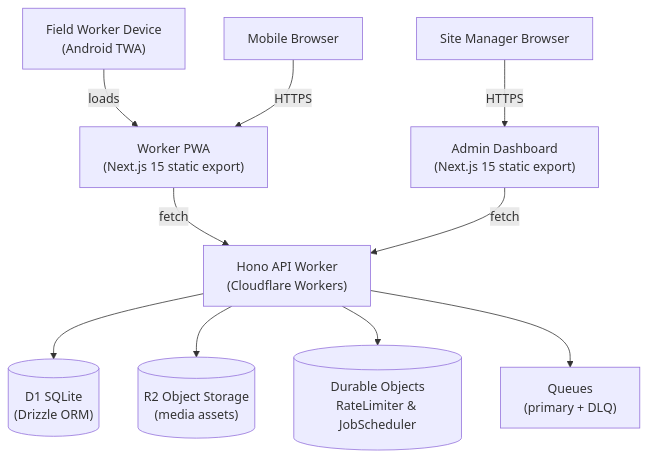
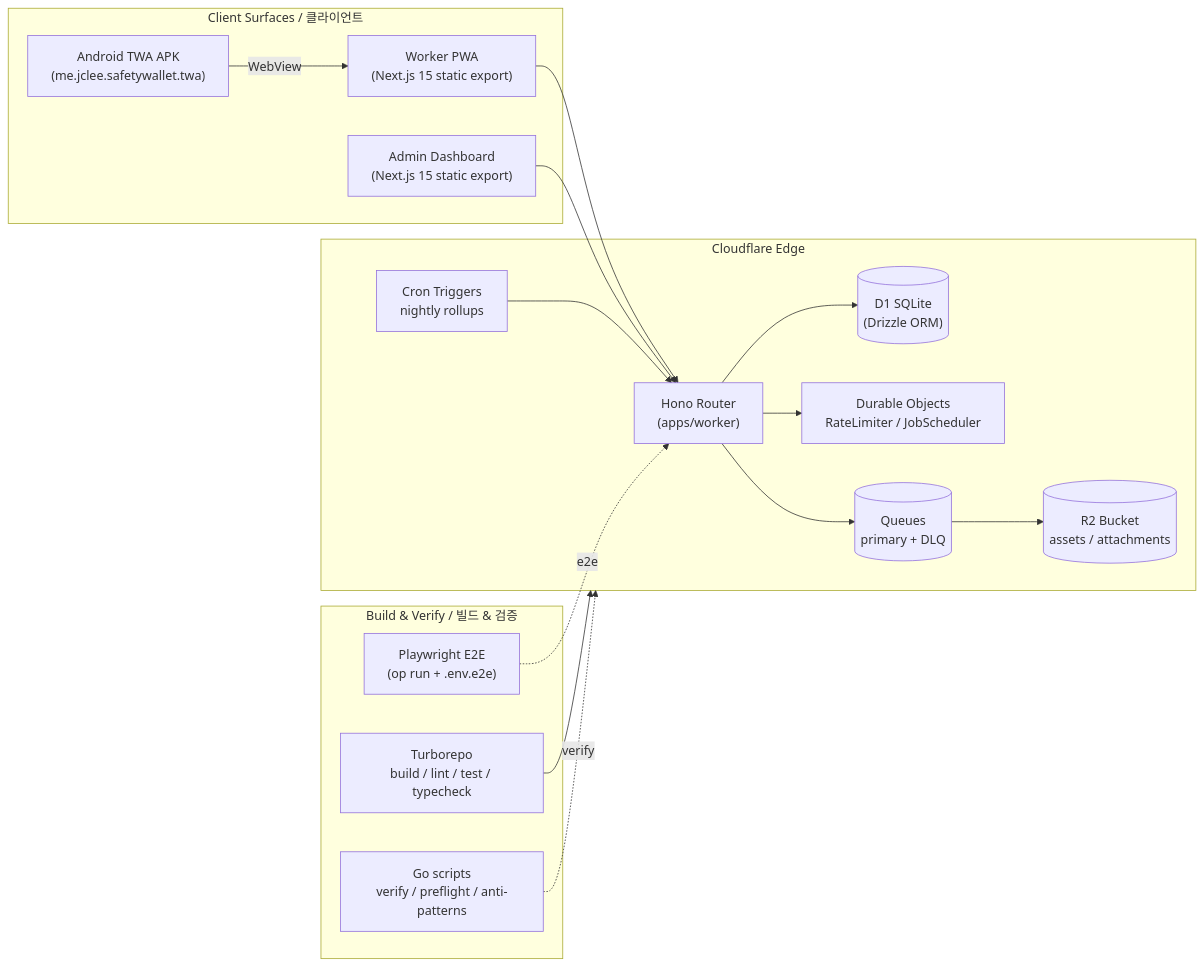
Before and after one commit to jclee941/safetywallet: the diagram in README.md, drawn with Mermaid. The commit also changed other lines of this file, not shown here.

````diff
--- a/README.md
+++ b/README.md
@@ -43,25 +44,35 @@
 ```mermaid
-flowchart TB
-    Device["Field Worker Device<br/>(Android TWA)"]
-    Mobile["Mobile Browser"]
-    Admin["Site Manager Browser"]
+flowchart LR
+  subgraph Clients["Client Surfaces / 클라이언트"]
+    APK["Android TWA APK<br/>(me.jclee.safetywallet.twa)"]
+    PWA["Worker PWA<br/>(Next.js 15 static export)"]
+    ADM["Admin Dashboard<br/>(Next.js 15 static export)"]
+  end
 
-    PWA["Worker PWA<br/>(Next.js 15 static export)"]
-    AdminUI["Admin Dashboard<br/>(Next.js 15 static export)"]
-    API["Hono API Worker<br/>(Cloudflare Workers)"]
+  subgraph Edge["Cloudflare Edge"]
+    Router["Hono Router<br/>(apps/worker)"]
+    D1[("D1 SQLite<br/>(Drizzle ORM)")]
+    DO["Durable Objects<br/>RateLimiter / JobScheduler"]
+    Q[("Queues<br/>primary + DLQ")]
+    R2[("R2 Bucket<br/>assets / attachments")]
+    Cron["Cron Triggers<br/>nightly rollups"]
+  end
 
-    D1[("D1 SQLite<br/>(Drizzle ORM)")]
-    R2[("R2 Object Storage<br/>(media assets)")]
-    DO[("Durable Objects<br/>RateLimiter &amp; JobScheduler")]
-    Q["Queues<br/>(primary + DLQ)"]
+  subgraph Tooling["Build &amp; Verify / 빌드 &amp; 검증"]
+    Turbo["Turborepo<br/>build / lint / test / typecheck"]
+    Go["Go scripts<br/>verify / preflight / anti-patterns"]
+    PW["Playwright E2E<br/>(op run + .env.e2e)"]
+  end
 
-    Device -->|loads| PWA
-    Mobile -->|HTTPS| PWA
-    Admin -->|HTTPS| AdminUI
-    PWA -->|fetch| API
-    AdminUI -->|fetch| API
-    API --> D1
-    API --> R2
-    API --> DO
-    API --> Q
+  APK -->|WebView| PWA
+  PWA --> Router
+  ADM --> Router
+  Router --> D1
+  Router --> DO
+  Router --> Q
+  Q --> R2
+  Cron --> Router
+  Turbo --> Edge
+  Go -. verify .-> Edge
+  PW -. e2e .-> Router
 ```
````
